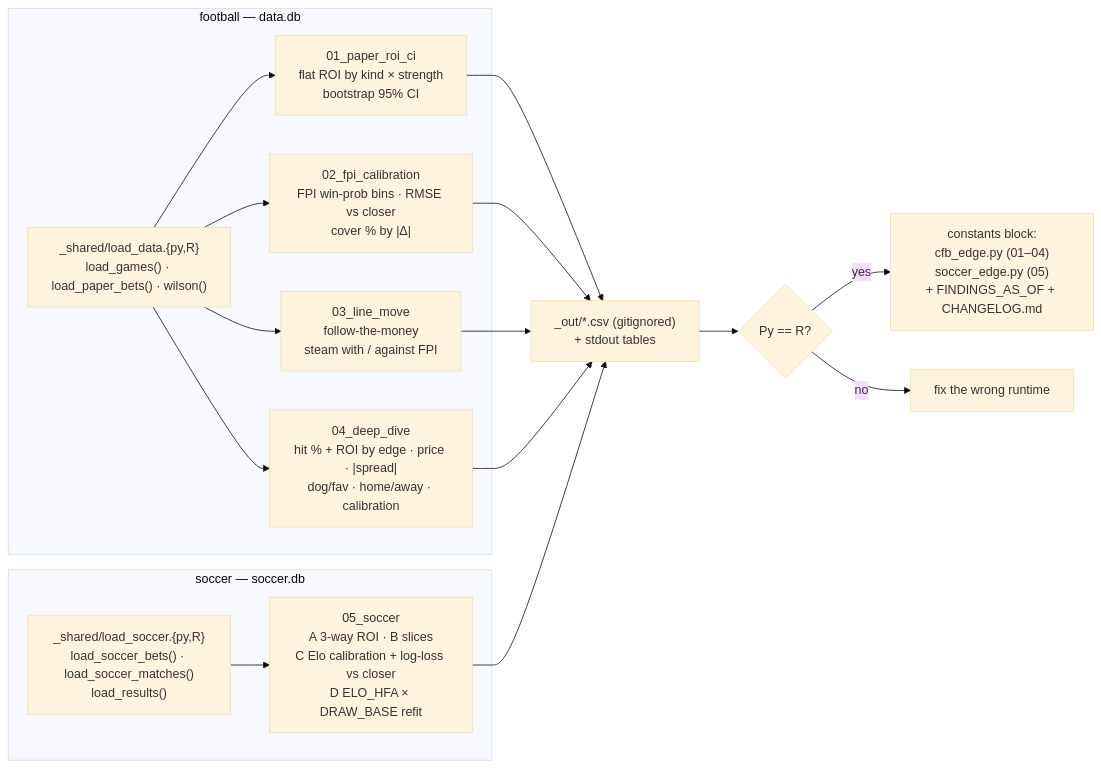
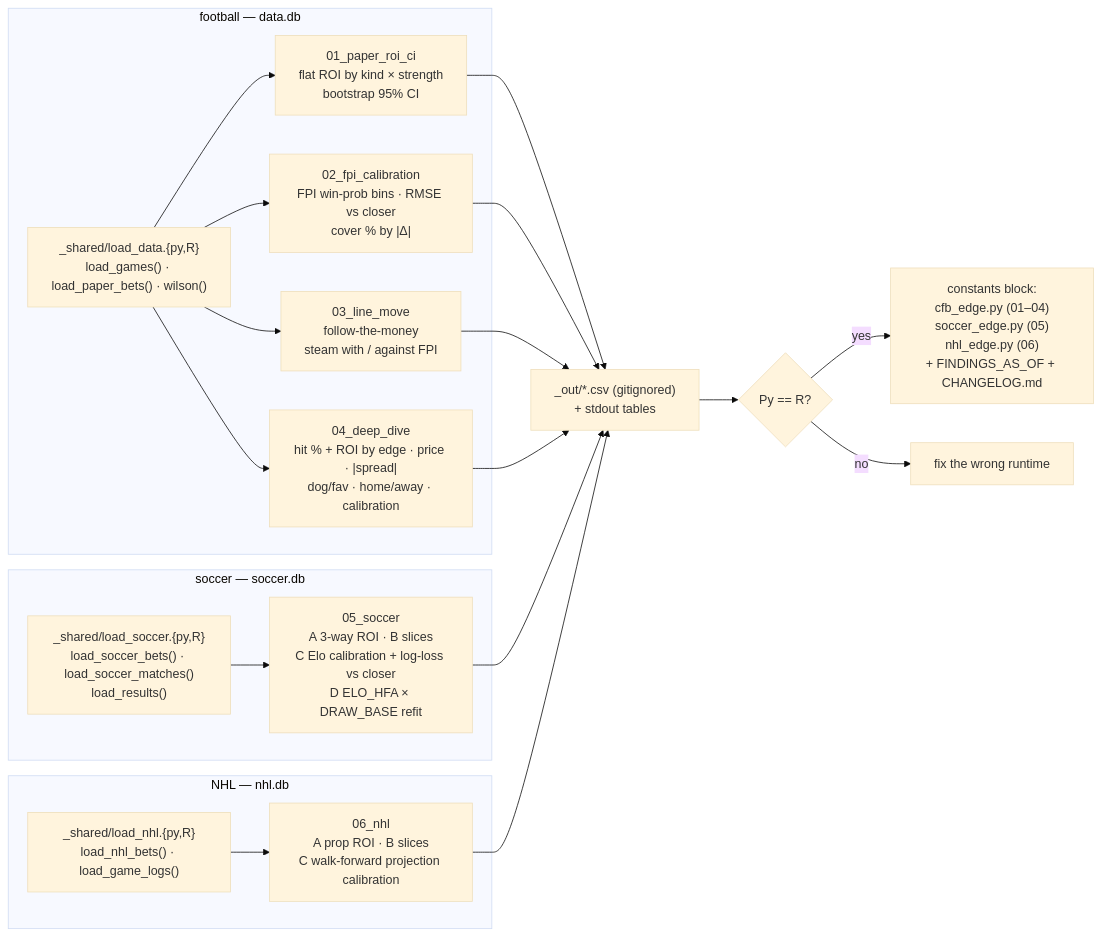
One commit to wbp318/cfb_pro_soccer_2026 changed the diagram in analysis/README.md. Above: the diagram before and after it, drawn with Mermaid (base theme). The commit also changed other lines of this file and 8 other files, not shown here.

````diff
--- a/analysis/README.md
+++ b/analysis/README.md
@@ -16,36 +16,44 @@
 ```mermaid
 flowchart LR
     subgraph FB["football — data.db"]
         LD["_shared/load_data.{py,R}
 load_games() · load_paper_bets() · wilson()"]
         LD --> S1["01_paper_roi_ci
 flat ROI by kind × strength
 bootstrap 95% CI"]
         LD --> S2["02_fpi_calibration
 FPI win-prob bins · RMSE vs closer
 cover % by |Δ|"]
         LD --> S3["03_line_move
 follow-the-money
 steam with / against FPI"]
         LD --> S4["04_deep_dive
 hit % + ROI by edge · price · |spread|
 dog/fav · home/away · calibration"]
     end
     subgraph SC["soccer — soccer.db"]
         LS["_shared/load_soccer.{py,R}
 load_soccer_bets() · load_soccer_matches()
 load_results()"]
         LS --> S5["05_soccer
 A 3-way ROI · B slices
 C Elo calibration + log-loss vs closer
 D ELO_HFA × DRAW_BASE refit"]
     end
-    S1 & S2 & S3 & S4 & S5 --> OUT["_out/*.csv (gitignored)
+    subgraph NH["NHL — nhl.db"]
+        LN["_shared/load_nhl.{py,R}
+load_nhl_bets() · load_game_logs()"]
+        LN --> S6["06_nhl
+A prop ROI · B slices
+C walk-forward projection calibration"]
+    end
+    S1 & S2 & S3 & S4 & S5 & S6 --> OUT["_out/*.csv (gitignored)
 + stdout tables"]
     OUT --> V{"Py == R?"}
     V -- yes --> K["constants block:
 cfb_edge.py (01–04)
 soccer_edge.py (05)
+nhl_edge.py (06)
 + FINDINGS_AS_OF + CHANGELOG.md"]
     V -- no --> BUG["fix the wrong runtime"]
 ```
````
